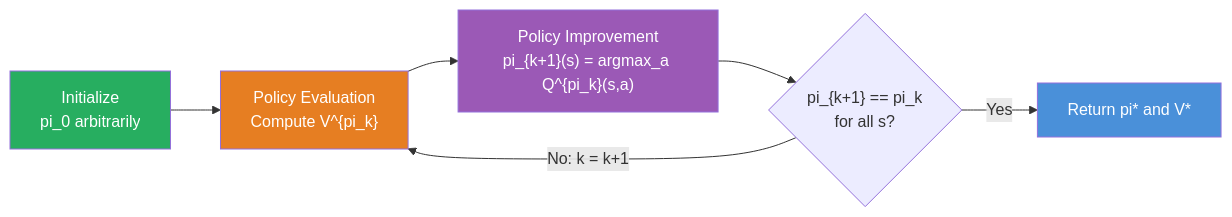
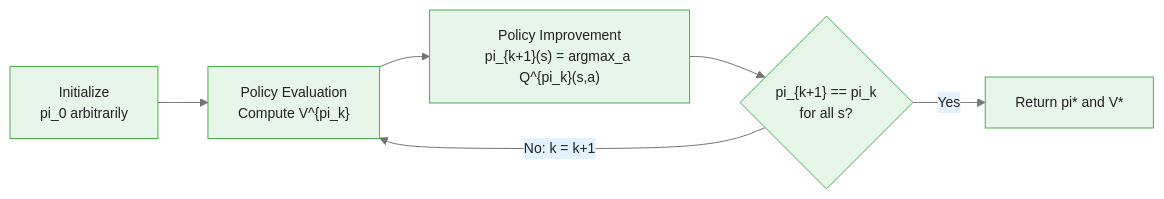
Before and after one commit to m-deane/course-creator: the first of 3 diagrams in courses/reinforcement-learning/modules/module_01_dynamic_programming/guides/02_policy_iteration_slides.md, drawn with Mermaid. The commit also changed other lines of this file and 131 other files, not shown here.

````diff
--- a/courses/reinforcement-learning/modules/module_01_dynamic_programming/guides/02_policy_iteration_slides.md
+++ b/courses/reinforcement-learning/modules/module_01_dynamic_programming/guides/02_policy_iteration_slides.md
@@ -103,12 +123,9 @@
 ```mermaid
+%%{init: {"theme": "base", "themeVariables": {"primaryColor": "#e8f5e9", "primaryBorderColor": "#4caf50", "primaryTextColor": "#212121", "secondaryColor": "#e3f2fd", "tertiaryColor": "#fff8e1", "lineColor": "#757575", "fontFamily": "Inter, sans-serif", "fontSize": "14px"}}}%%
 flowchart LR
     Init["Initialize\npi_0 arbitrarily"] --> Eval["Policy Evaluation\nCompute V^{pi_k}"]
     Eval --> Impr["Policy Improvement\npi_{k+1}(s) = argmax_a Q^{pi_k}(s,a)"]
     Impr --> Stable{"pi_{k+1} == pi_k\nfor all s?"}
     Stable -->|"No: k = k+1"| Eval
     Stable -->|"Yes"| Opt["Return pi* and V*"]
-    style Init fill:#27ae60,color:#fff
-    style Eval fill:#e67e22,color:#fff
-    style Impr fill:#9b59b6,color:#fff
-    style Opt fill:#4a90d9,color:#fff
 ```
````
